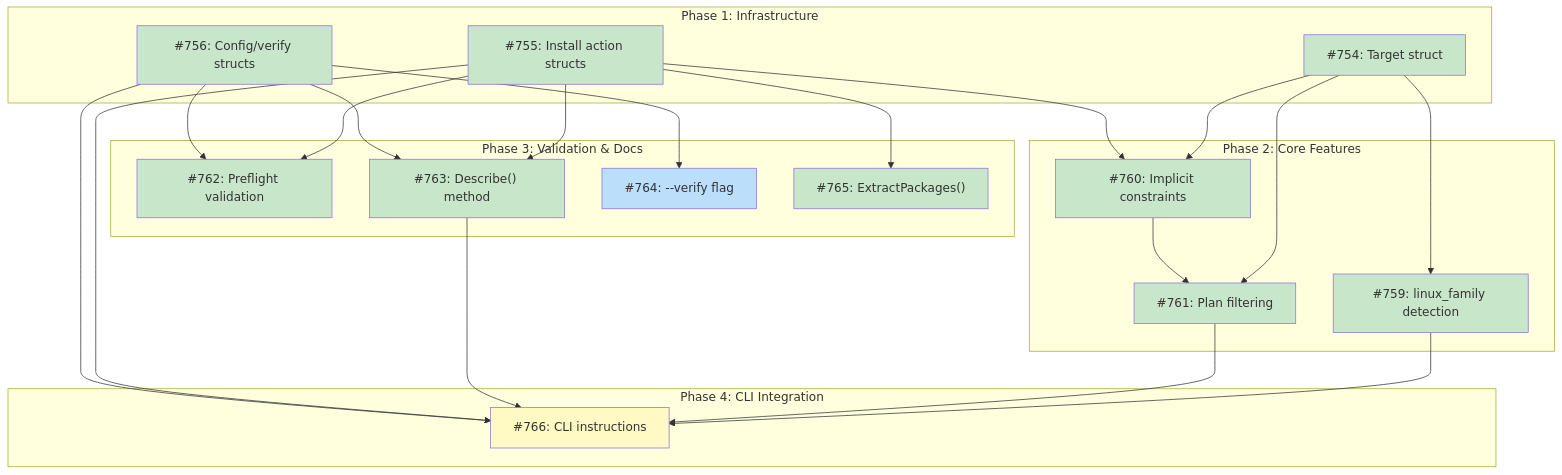
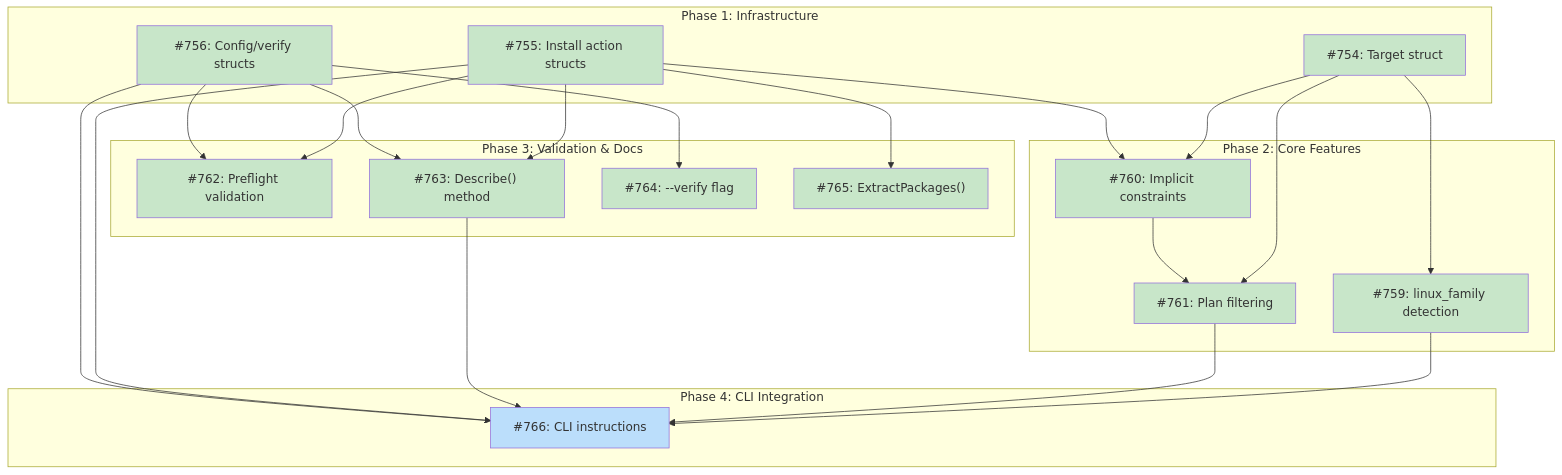
Before and after one commit to tsukumogami/tsuku: the diagram in docs/DESIGN-system-dependency-actions.md, drawn with Mermaid. The commit also changed 3 other files, not shown here.

````diff
--- a/docs/DESIGN-system-dependency-actions.md
+++ b/docs/DESIGN-system-dependency-actions.md
@@ -27,51 +27,50 @@
 ```mermaid
 graph TD
     subgraph Phase1["Phase 1: Infrastructure"]
         I754["#754: Target struct"]
         I755["#755: Install action structs"]
         I756["#756: Config/verify structs"]
     end
 
     subgraph Phase2["Phase 2: Core Features"]
         I759["#759: linux_family detection"]
         I760["#760: Implicit constraints"]
         I761["#761: Plan filtering"]
     end
 
     subgraph Phase3["Phase 3: Validation & Docs"]
         I762["#762: Preflight validation"]
         I763["#763: Describe() method"]
         I764["#764: --verify flag"]
         I765["#765: ExtractPackages()"]
     end
 
     subgraph Phase4["Phase 4: CLI Integration"]
         I766["#766: CLI instructions"]
     end
 
     I754 --> I759
     I754 --> I760
     I755 --> I760
     I754 --> I761
     I760 --> I761
     I755 --> I762
     I756 --> I762
     I755 --> I763
     I756 --> I763
     I756 --> I764
     I755 --> I765
     I759 --> I766
     I761 --> I766
     I763 --> I766
     I755 --> I766
     I756 --> I766
 
     classDef done fill:#c8e6c9
     classDef ready fill:#bbdefb
     classDef blocked fill:#fff9c4
     classDef needsDesign fill:#e1bee7
 
-    class I754,I755,I756,I759,I760,I761,I762,I763,I765 done
-    class I764 ready
-    class I766 blocked
+    class I754,I755,I756,I759,I760,I761,I762,I763,I764,I765 done
+    class I766 ready
 ```
````
